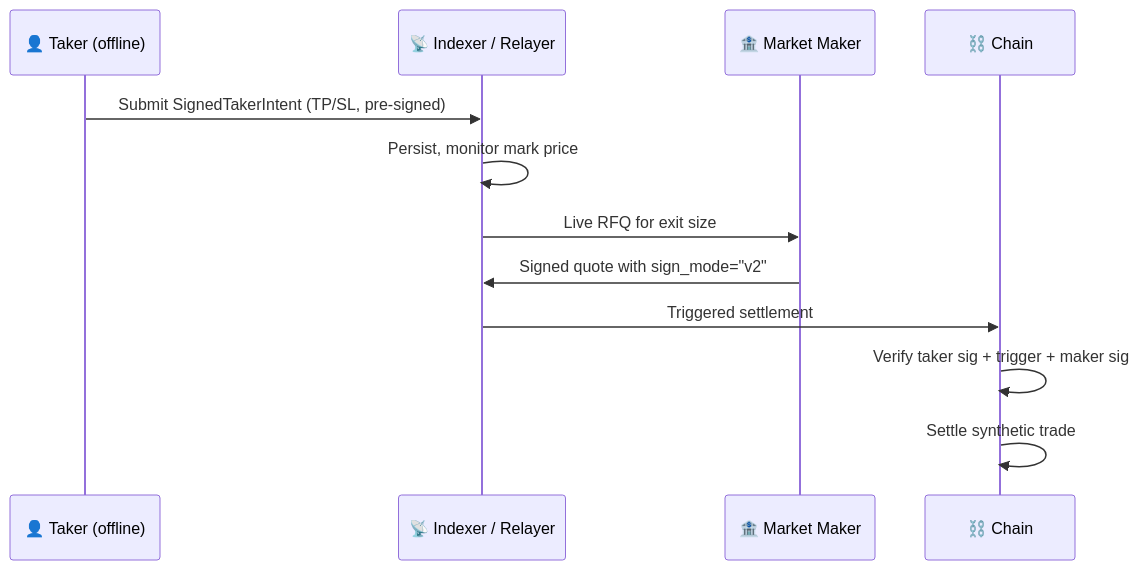
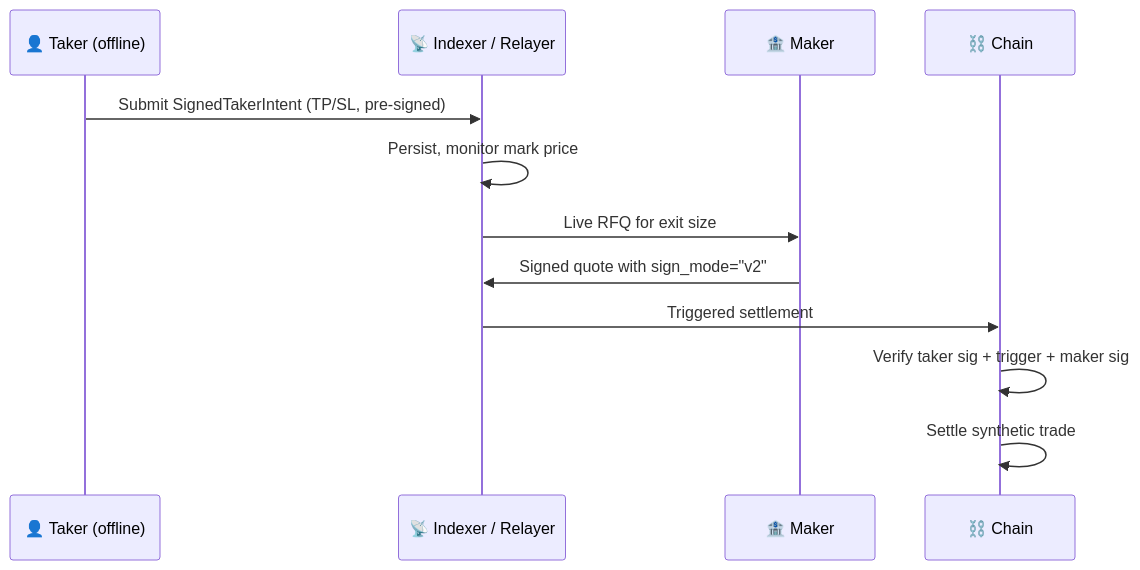
Before and after one commit to TrueCurrent/truecurrent-docs: the second of 2 diagrams in mintlify/market-makers/integration/protocol-reference.md, drawn with Mermaid. The commit also changed other lines of this file and 55 other files, not shown here.

````diff
--- a/mintlify/market-makers/integration/protocol-reference.md
+++ b/mintlify/market-makers/integration/protocol-reference.md
@@ -49,17 +49,17 @@
 ```mermaid
 sequenceDiagram
     participant Taker as 👤 Taker (offline)
     participant IDX as 📡 Indexer / Relayer
-    participant MM as 🏦 Market Maker
+    participant MM as 🏦 Maker
     participant Chain as ⛓️ Chain
 
     Taker->>IDX: Submit SignedTakerIntent (TP/SL, pre-signed)
     IDX->>IDX: Persist, monitor mark price
 
     IDX->>MM: Live RFQ for exit size
     MM->>IDX: Signed quote with sign_mode="v2"
 
     IDX->>Chain: Triggered settlement
     Chain->>Chain: Verify taker sig + trigger + maker sig
     Chain->>Chain: Settle synthetic trade
 ```
````
